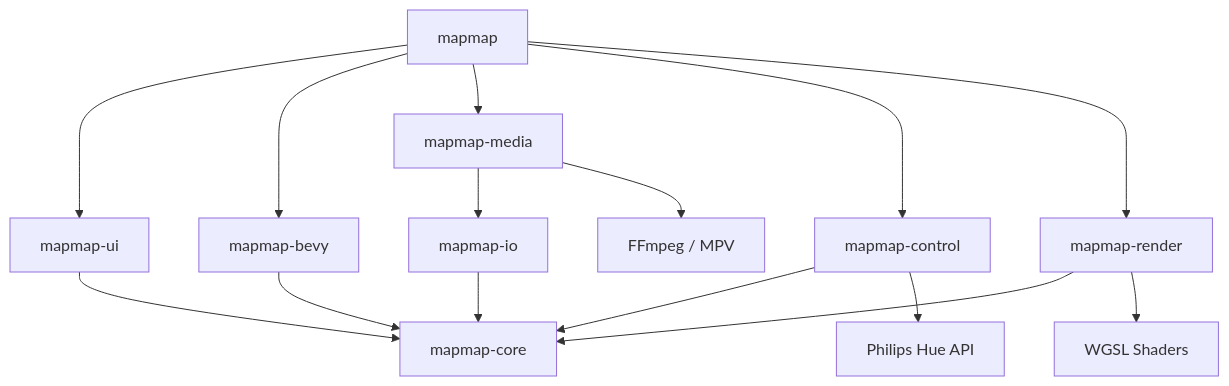
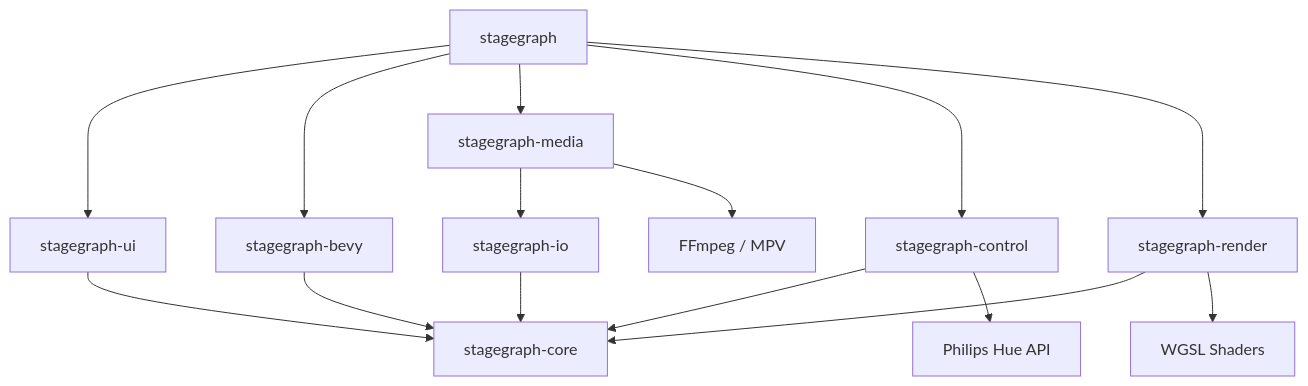
One commit to Vorce-Studios/Vorce changed the diagram in docs/A1_SYSTEM/B1_ARCHITECTURE/DOC-C1_OVERVIEW.md. Above: the diagram before and after it, drawn with Mermaid. The commit also changed other lines of this file and 586 other files, not shown here.

Commit message:
Refactor workspace and crates from mapmap to stagegraph

````diff
--- a/docs/A1_SYSTEM/B1_ARCHITECTURE/DOC-C1_OVERVIEW.md
+++ b/docs/A1_SYSTEM/B1_ARCHITECTURE/DOC-C1_OVERVIEW.md
@@ -11,21 +11,21 @@
 ```mermaid
 graph TD
     %% Crates
-    Main[mapmap] --> UI[mapmap-ui]
-    Main --> Bevy[mapmap-bevy]
-    Main --> Media[mapmap-media]
-    Main --> Control[mapmap-control]
-    Main --> Render[mapmap-render]
+    Main[stagegraph] --> UI[stagegraph-ui]
+    Main --> Bevy[stagegraph-bevy]
+    Main --> Media[stagegraph-media]
+    Main --> Control[stagegraph-control]
+    Main --> Render[stagegraph-render]
 
-    UI --> Core[mapmap-core]
+    UI --> Core[stagegraph-core]
     Render --> Core
     Bevy --> Core
     Control --> Core
-    Media --> IO[mapmap-io]
+    Media --> IO[stagegraph-io]
     IO --> Core
 
     %% Externe Ressourcen
     Render --> Shaders[WGSL Shaders]
     Media --> FFmpeg[FFmpeg / MPV]
     Control --> Hue[Philips Hue API]
 ```
````
